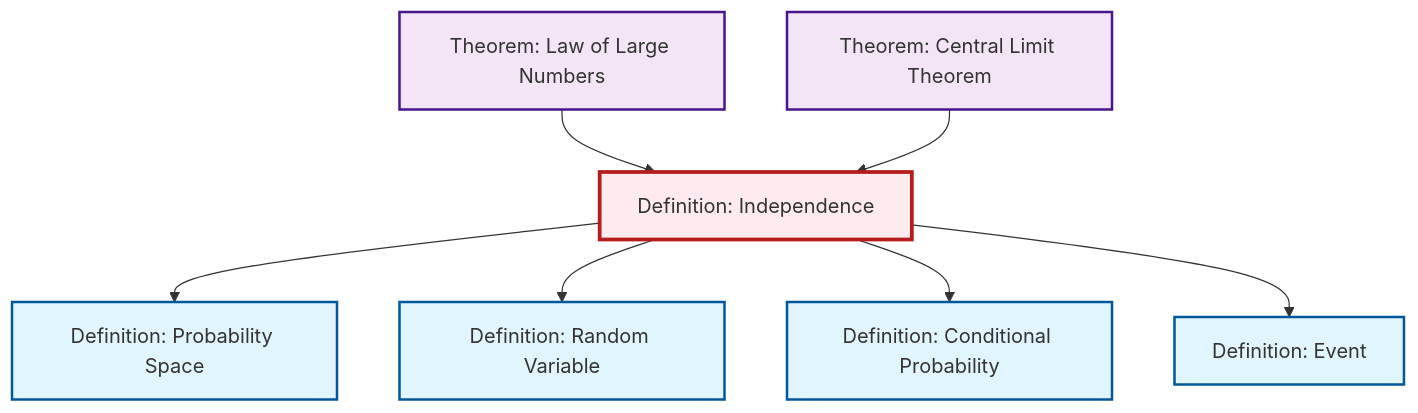
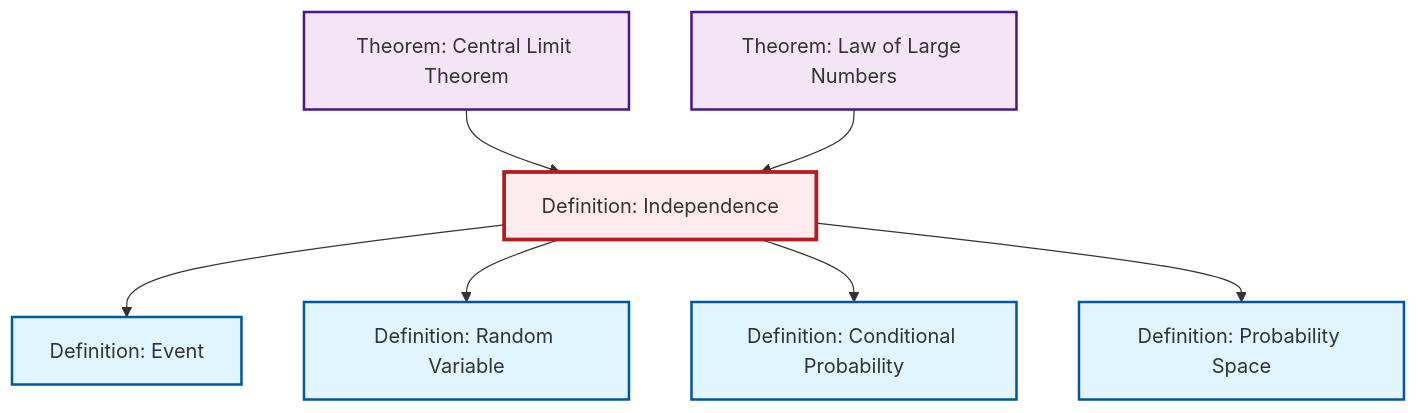
The diagram in content/en/probability-statistics/def-independence.qmd (RK0429/ModernMath), drawn with Mermaid before and after one commit. The commit also changed other lines of this file and 360 other files, not shown here.

````diff
--- a/content/en/probability-statistics/def-independence.qmd
+++ b/content/en/probability-statistics/def-independence.qmd
@@ -113,29 +113,29 @@
 ```{mermaid}
 %%| fig-cap: "Local dependency graph"
 graph TD
     classDef definition fill:#e1f5fe,stroke:#01579b,stroke-width:2px
     classDef theorem fill:#f3e5f5,stroke:#4a148c,stroke-width:2px
     classDef axiom fill:#fff3e0,stroke:#e65100,stroke-width:2px
     classDef example fill:#e8f5e9,stroke:#1b5e20,stroke-width:2px
     classDef current fill:#ffebee,stroke:#b71c1c,stroke-width:3px
     def-conditional-probability["Definition: Conditional Probability"]:::definition
+    def-event["Definition: Event"]:::definition
+    def-probability-space["Definition: Probability Space"]:::definition
+    def-random-variable["Definition: Random Variable"]:::definition
+    def-independence["Definition: Independence"]:::definition
     thm-central-limit["Theorem: Central Limit Theorem"]:::theorem
-    def-random-variable["Definition: Random Variable"]:::definition
     thm-law-of-large-numbers["Theorem: Law of Large Numbers"]:::theorem
-    def-independence["Definition: Independence"]:::definition
-    def-probability-space["Definition: Probability Space"]:::definition
-    def-event["Definition: Event"]:::definition
+    thm-central-limit --> def-independence
+    def-independence --> def-event
+    def-independence --> def-random-variable
+    def-independence --> def-conditional-probability
     def-independence --> def-probability-space
     thm-law-of-large-numbers --> def-independence
-    def-independence --> def-random-variable
-    def-independence --> def-conditional-probability
-    def-independence --> def-event
-    thm-central-limit --> def-independence
     class def-independence current
     click def-conditional-probability "def-conditional-probability.html" "Go to Conditional Probability definition"
+    click def-event "def-event.html" "Go to Event definition"
+    click def-probability-space "def-probability-space.html" "Go to Probability Space definition"
+    click def-random-variable "def-random-variable.html" "Go to Random Variable definition"
     click thm-central-limit "thm-central-limit.html" "Go to Central Limit Theorem theorem"
-    click def-random-variable "def-random-variable.html" "Go to Random Variable definition"
     click thm-law-of-large-numbers "thm-law-of-large-numbers.html" "Go to Law of Large Numbers theorem"
-    click def-probability-space "def-probability-space.html" "Go to Probability Space definition"
-    click def-event "def-event.html" "Go to Event definition"
 ```
````
